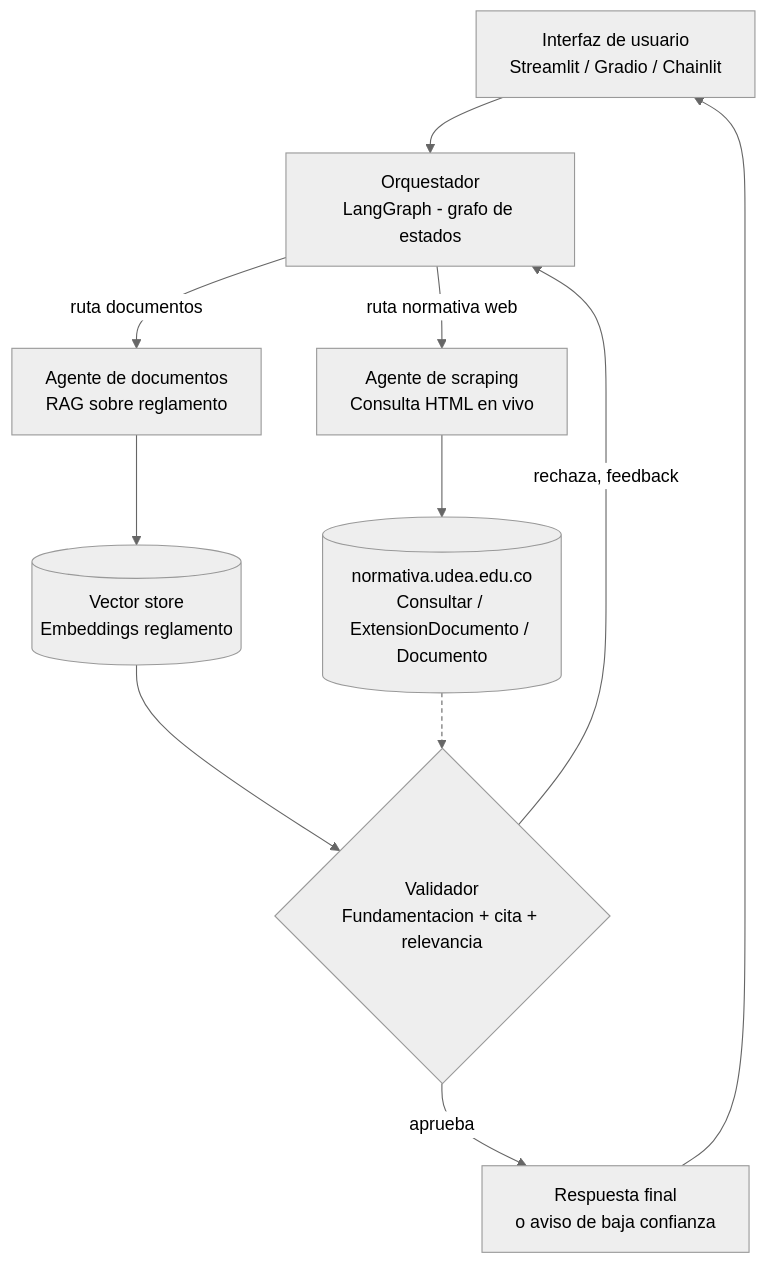
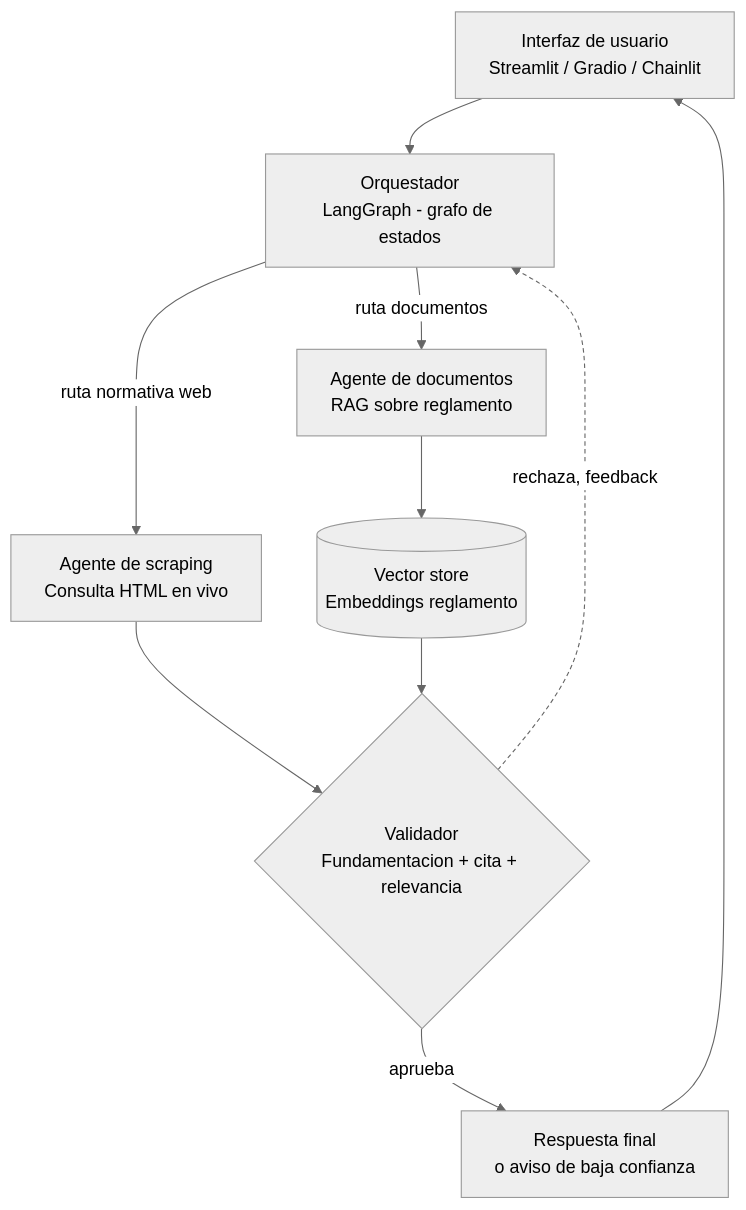
Before and after one commit to JuanCOD001116/normativa-agentica: the diagram in README.md, drawn with Mermaid (neutral theme). The commit also changed 3 other files, not shown here.

````diff
--- a/README.md
+++ b/README.md
@@ -9,24 +9,22 @@
 ```mermaid
 flowchart TD
 		UI[Interfaz de usuario<br/>Streamlit / Gradio / Chainlit]
 		ORQ[Orquestador<br/>LangGraph - grafo de estados]
 		AG_DOC[Agente de documentos<br/>RAG sobre reglamento]
 		AG_SCRAPE[Agente de scraping<br/>Consulta HTML en vivo]
 		VS[(Vector store<br/>Embeddings reglamento)]
-		WEB[(normativa.udea.edu.co<br/>Consultar / ExtensionDocumento / Documento)]
 		VAL{Validador<br/>Fundamentacion + cita + relevancia}
 		RESP[Respuesta final<br/>o aviso de baja confianza]
 
 		UI --> ORQ
 		ORQ -->|ruta documentos| AG_DOC
 		ORQ -->|ruta normativa web| AG_SCRAPE
 		AG_DOC --> VS
-		AG_SCRAPE --> WEB
+		AG_SCRAPE --> VAL
 		VS --> VAL
-		WEB --> VAL
 		VAL -->|rechaza, feedback| ORQ
 		VAL -->|aprueba| RESP
 		RESP --> UI
 
 		linkStyle 6 stroke-dasharray: 4 3
 ```
````
